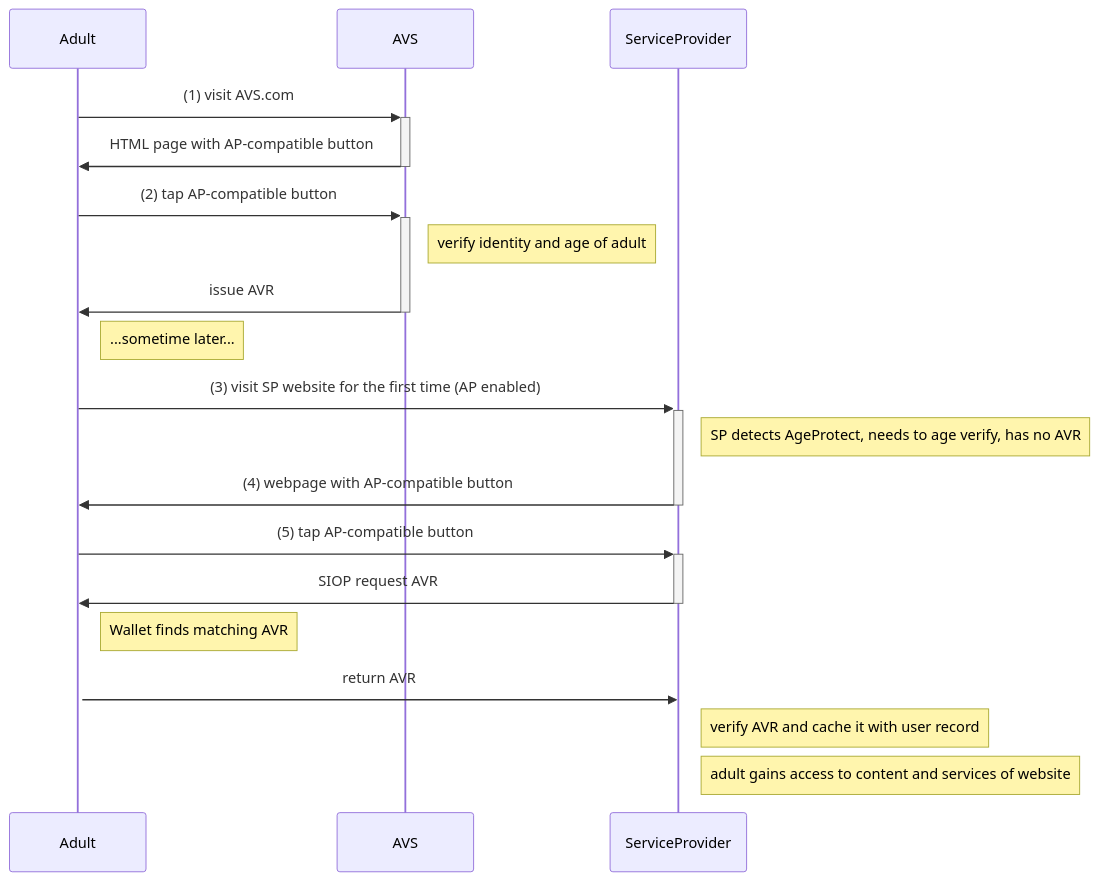
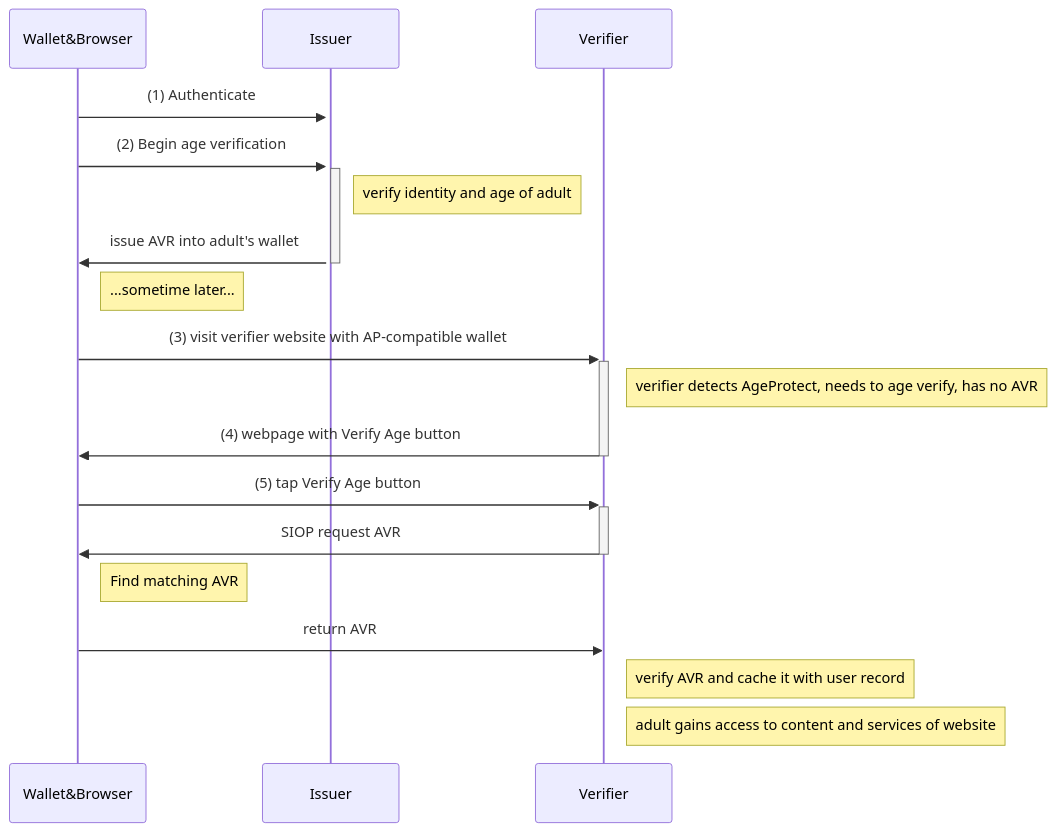
Before and after one commit to MeeFoundation/papers: the diagram in age-protect/images/adult-sequence.md, drawn with Mermaid. The commit also changed 6 other files, not shown here.

````diff
--- a/age-protect/images/adult-sequence.md
+++ b/age-protect/images/adult-sequence.md
@@ -2,22 +2,20 @@
 ```mermaid
 sequenceDiagram
-    participant Adult
-    participant AVS
-    participant ServiceProvider
-    Adult->>+AVS: (1) visit AVS.com
-    AVS->>-Adult: HTML page with AP-compatible button
-    Adult->>+AVS: (2) tap AP-compatible button
-    Note right of AVS: verify identity and age of adult
-    AVS->>-Adult: issue AVR
-    Note right of Adult: ...sometime later...
-    Adult->>+ServiceProvider: (3) visit SP website for the first time (AP enabled)
-    Note right of ServiceProvider: SP detects AgeProtect, needs to age verify, has no AVR
-    ServiceProvider->>-Adult: (4) webpage with AP-compatible button
-    Adult->>+ServiceProvider: (5) tap AP-compatible button
-    ServiceProvider->>-Adult: SIOP request AVR
-    activate Adult
-    Note right of Adult: Wallet finds matching AVR
-    Adult->>ServiceProvider: return AVR
-    Note right of ServiceProvider: verify AVR and cache it with user record
-    Note right of ServiceProvider: adult gains access to content and services of website
+    participant Wallet&Browser
+    participant Issuer
+    participant Verifier
+    Wallet&Browser->>+Issuer: (1) Authenticate
+    Wallet&Browser->>+Issuer: (2) Begin age verification
+    Note right of Issuer: verify identity and age of adult
+    Issuer->>-Wallet&Browser: issue AVR into adult's wallet
+    Note right of Wallet&Browser: ...sometime later...
+    Wallet&Browser->>+Verifier: (3) visit verifier website with AP-compatible wallet
+    Note right of Verifier: verifier detects AgeProtect, needs to age verify, has no AVR
+    Verifier->>-Wallet&Browser: (4) webpage with Verify Age button
+    Wallet&Browser->>+Verifier: (5) tap Verify Age button
+    Verifier->>-Wallet&Browser: SIOP request AVR
+    Note right of Wallet&Browser: Find matching AVR
+    Wallet&Browser->>Verifier: return AVR
+    Note right of Verifier: verify AVR and cache it with user record
+    Note right of Verifier: adult gains access to content and services of website
 ```
````
